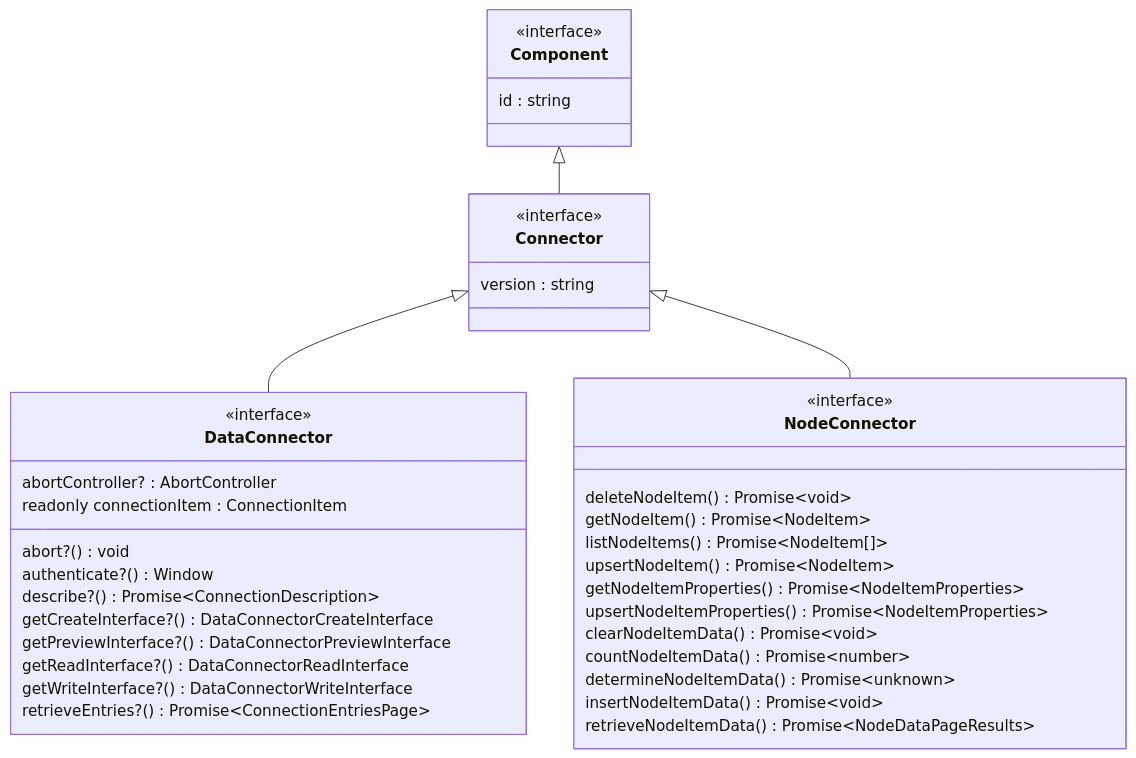
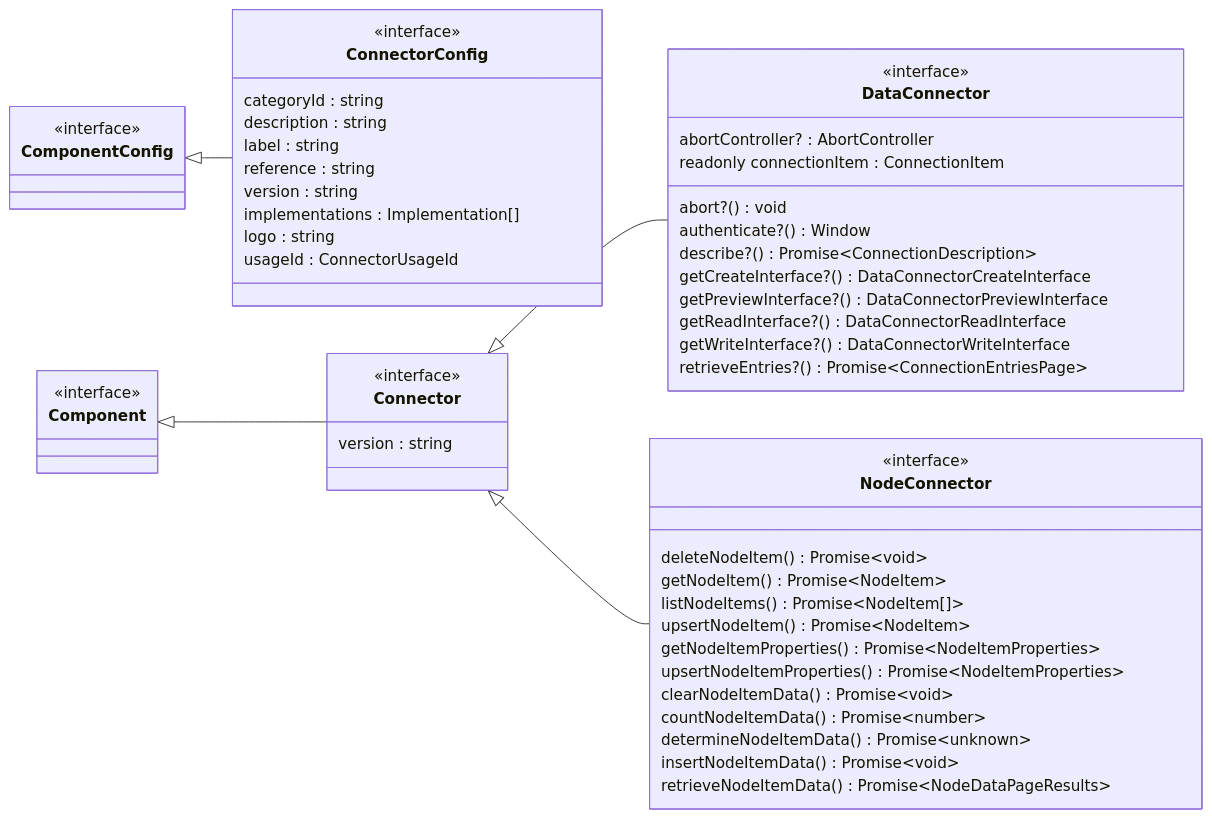
One commit to data-positioning/datapos-shared changed the fourth of 9 diagrams in README.md. Above: the diagram before and after it, drawn with Mermaid. The commit also changed other lines of this file and 2 other files, not shown here.

````diff
--- a/README.md
+++ b/README.md
@@ -142,48 +122,65 @@
 ```mermaid
 classDiagram
-    direction TB
+    direction LR
+
+    class ComponentConfig {
+        <<interface>>
+    }
+
+    ComponentConfig <|-- ConnectorConfig
+
+    class ConnectorConfig {
+        <<interface>>
+        categoryId :  string
+        description :  string
+        label :  string
+        reference :  string
+        version :  string
+        implementations :  Implementation[]
+        logo :  string
+        usageId :  ConnectorUsageId
+    }
 
     class Component {
         <<interface>>
-        id : string
     }
 
     Component <|-- Connector
 
     class Connector {
         <<interface>>
         version : string
     }
 
     Connector <|-- DataConnector
     Connector <|-- NodeConnector
 
     class DataConnector {
         <<interface>>
         abortController? :  AbortController
         readonly connectionItem :  ConnectionItem
         abort?() void
         authenticate?() Window
         describe?() Promise~ConnectionDescription~
         getCreateInterface?() DataConnectorCreateInterface
         getPreviewInterface?() DataConnectorPreviewInterface
         getReadInterface?() DataConnectorReadInterface
         getWriteInterface?() DataConnectorWriteInterface
         retrieveEntries?() Promise~ConnectionEntriesPage~
     }
 
     class NodeConnector {
         <<interface>>
         deleteNodeItem() Promise~void~
         getNodeItem() Promise~NodeItem~
         listNodeItems() Promise~NodeItem[]~
         upsertNodeItem() Promise~NodeItem~
         getNodeItemProperties() Promise~NodeItemProperties~
         upsertNodeItemProperties() Promise~NodeItemProperties~
         clearNodeItemData() Promise~void~
         countNodeItemData() Promise~number~
         determineNodeItemData() Promise~unknown~
         insertNodeItemData() Promise~void~
         retrieveNodeItemData() Promise~NodeDataPageResults~
    }
 ```
````
